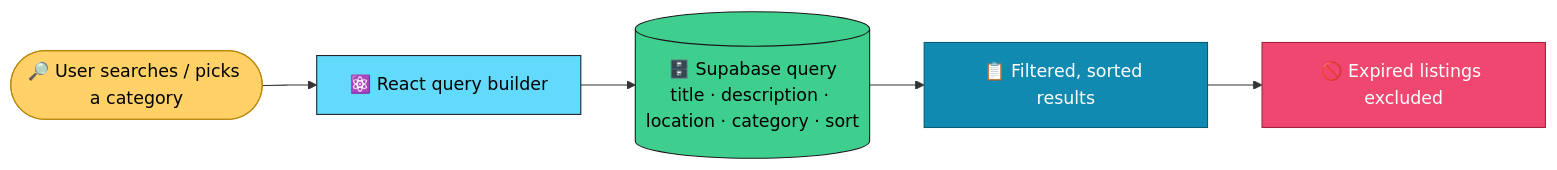
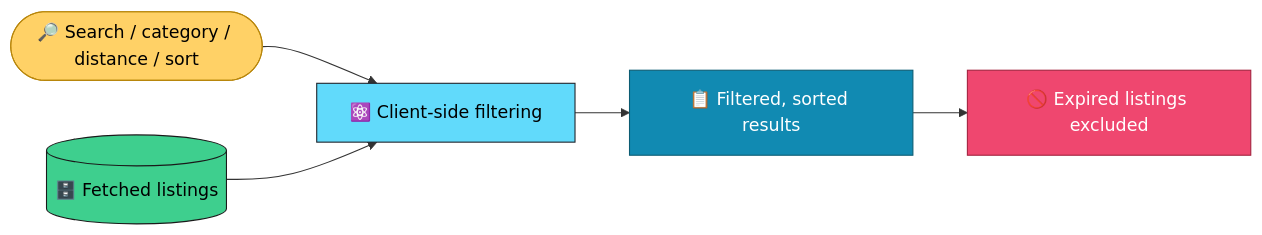
One commit to still-trying/food-rescue changed the fifth of 10 diagrams in README.md. Above: the diagram before and after it, drawn with Mermaid. The commit also changed other lines of this file, not shown here.

````diff
--- a/README.md
+++ b/README.md
@@ -268,13 +373,13 @@
 ```mermaid
 flowchart LR
-    A(["🔎 User searches / picks a category"]) --> B["⚛️ React query builder"]
-    B --> C[("🗄️ Supabase query<br/>title · description · location · category · sort")]
-    C --> D["📋 Filtered, sorted results"]
+    A(["🔎 Search / category / distance / sort"]) --> B["⚛️ Client-side filtering"]
+    C[("🗄️ Fetched listings")] --> B
+    B --> D["📋 Filtered, sorted results"]
     D --> E["🚫 Expired listings excluded"]
 
     style A fill:#FFD166,stroke:#b8860b,color:#000000
     style B fill:#61DAFB,stroke:#20232a,color:#000000
     style C fill:#3ECF8E,stroke:#1a1a1a,color:#000000
     style D fill:#118AB2,stroke:#0b5c73,color:#ffffff
     style E fill:#EF476F,stroke:#a3223f,color:#ffffff
 ```
````
